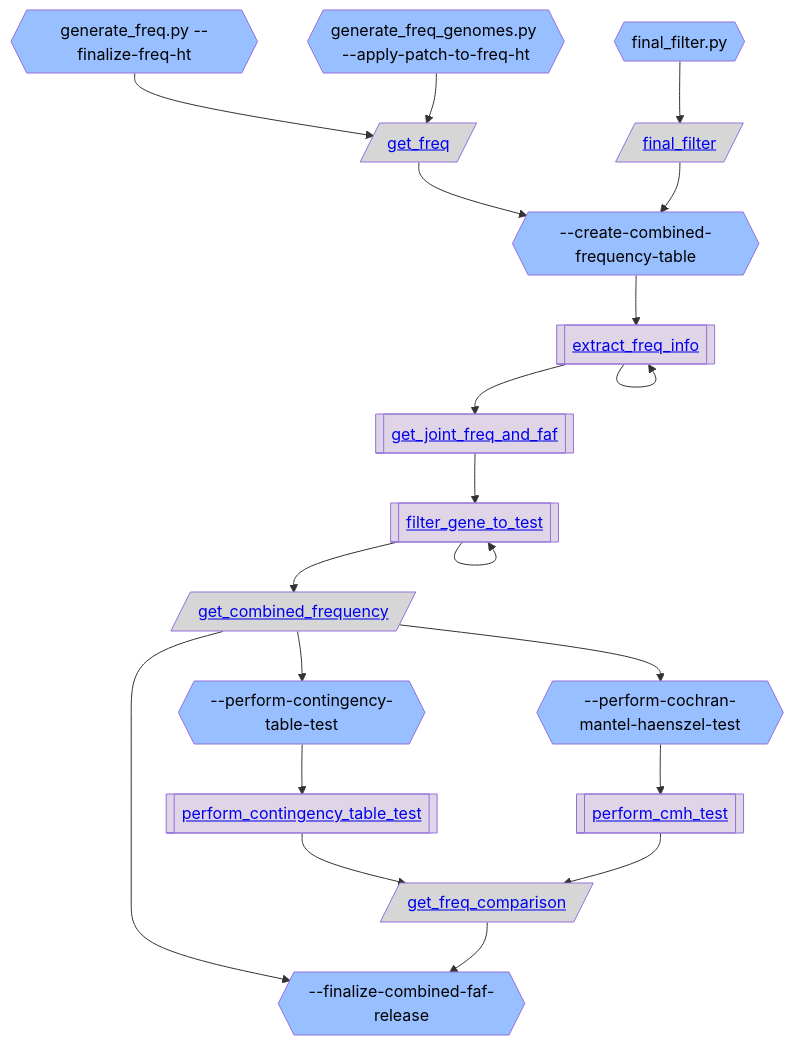
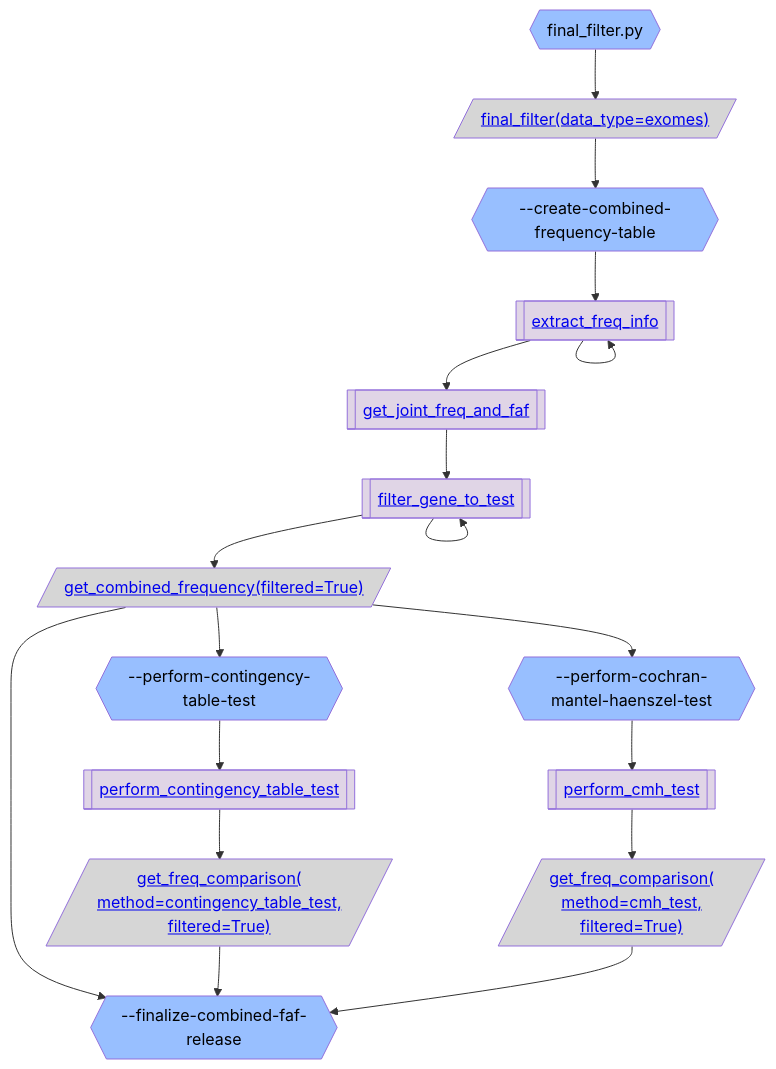
Before and after one commit to broadinstitute/gnomad_qc: the second of 3 diagrams in gnomad_qc/v4/create_release/README.md, drawn with Mermaid. The commit also changed other lines of this file and 3 other files, not shown here.

````diff
--- a/gnomad_qc/v4/create_release/README.md
+++ b/gnomad_qc/v4/create_release/README.md
@@ -50,46 +63,46 @@
 ```mermaid
 flowchart TB;
   classDef script_color fill:#2C5D4A,color:#000000
   classDef step_color fill:#98BFFF,color:#000000
   classDef func_color fill:#E0D5E6,color:#000000
   classDef gnomad_methods_color fill:#F9F2CE,color:#000000
   classDef hail_color fill:#FAEACE,color:#000000
   classDef resource_color fill:#D6D6D6,color:#000000
   classDef validity_check_color fill:#2C5D4A,color:#000000
 
-  step_finalize_freq_ht{{"generate_freq.py --finalize-freq-ht"}}:::step_color;
-  resource_get_freq[/"<a href='https://github.com/broadinstitute/gnomad_qc/tree/main/gnomad_qc/v4/resources/annotations.py#L284'>get_freq</a>"/]:::resource_color;
+  step_final_filter.py{{"final_filter.py"}}:::step_color;
+  resource_final_filter_data_type_exomes[/"<a href='https://github.com/broadinstitute/gnomad_qc/tree/main/gnomad_qc/v4/resources/variant_qc.py#L285'>final_filter(data_type=exomes)</a>"/]:::resource_color;
   step_create_combined_frequency_table{{"--create-combined-frequency-table"}}:::step_color;
   func_extract_freq_info[["<a href='https://github.com/broadinstitute/gnomad_qc/tree/main/gnomad_qc/v4/create_release/create_combined_faf_release_ht.py#L63'>extract_freq_info</a>"]]:::func_color;
   func_get_joint_freq_and_faf[["<a href='https://github.com/broadinstitute/gnomad_qc/tree/main/gnomad_qc/v4/create_release/create_combined_faf_release_ht.py#L154'>get_joint_freq_and_faf</a>"]]:::func_color;
   func_filter_gene_to_test[["<a href='https://github.com/broadinstitute/gnomad_qc/tree/main/gnomad_qc/v4/create_release/create_combined_faf_release_ht.py#L50'>filter_gene_to_test</a>"]]:::func_color;
-  step_apply_patch_to_freq_ht{{"generate_freq_genomes.py --apply-patch-to-freq-ht"}}:::step_color;
-  step_final_filter.py{{"final_filter.py"}}:::step_color;
-  resource_final_filter[/"<a href='https://github.com/broadinstitute/gnomad_qc/tree/main/gnomad_qc/v4/resources/variant_qc.py#L285'>final_filter</a>"/]:::resource_color;
-  resource_get_combined_frequency[/"<a href='https://github.com/broadinstitute/gnomad_qc/tree/main/gnomad_qc/v4/resources/annotations.py#L331'>get_combined_frequency</a>"/]:::resource_color;
+  resource_get_combined_frequency_filtered_True[/"<a href='https://github.com/broadinstitute/gnomad_qc/tree/main/gnomad_qc/v4/resources/annotations.py#L331'>get_combined_frequency(filtered=True)</a>"/]:::resource_color;
   step_perform_contingency_table_test{{"--perform-contingency-table-test"}}:::step_color;
   func_perform_contingency_table_test[["<a href='https://github.com/broadinstitute/gnomad_qc/tree/main/gnomad_qc/v4/create_release/create_combined_faf_release_ht.py#L244'>perform_contingency_table_test</a>"]]:::func_color;
   step_finalize_combined_faf_release{{"--finalize-combined-faf-release"}}:::step_color;
-  resource_get_freq_comparison[/"<a href='https://github.com/broadinstitute/gnomad_qc/tree/main/gnomad_qc/v4/resources/annotations.py#L352'>get_freq_comparison</a>"/]:::resource_color;
+  resource_get_freq_comparison_method_contingency_table_test_filtered_True[/"<a href='https://github.com/broadinstitute/gnomad_qc/tree/main/gnomad_qc/v4/resources/annotations.py#L352'>get_freq_comparison(
+method=contingency_table_test,
+filtered=True)</a>"/]:::resource_color;
   step_perform_cochran_mantel_haenszel_test{{"--perform-cochran-mantel-haenszel-test"}}:::step_color;
   func_perform_cmh_test[["<a href='https://github.com/broadinstitute/gnomad_qc/tree/main/gnomad_qc/v4/create_release/create_combined_faf_release_ht.py#L305'>perform_cmh_test</a>"]]:::func_color;
-  step_finalize_freq_ht --> resource_get_freq;
-  resource_get_freq --> step_create_combined_frequency_table;
+  resource_get_freq_comparison_method_cmh_test_filtered_True[/"<a href='https://github.com/broadinstitute/gnomad_qc/tree/main/gnomad_qc/v4/resources/annotations.py#L352'>get_freq_comparison(
+method=cmh_test,
+filtered=True)</a>"/]:::resource_color;
+  step_final_filter.py --> resource_final_filter_data_type_exomes;
+  resource_final_filter_data_type_exomes --> step_create_combined_frequency_table;
   step_create_combined_frequency_table --> func_extract_freq_info;
   func_extract_freq_info --> func_extract_freq_info;
   func_extract_freq_info --> func_get_joint_freq_and_faf;
   func_get_joint_freq_and_faf --> func_filter_gene_to_test;
   func_filter_gene_to_test --> func_filter_gene_to_test;
-  step_apply_patch_to_freq_ht --> resource_get_freq;
-  step_final_filter.py --> resource_final_filter;
-  resource_final_filter --> step_create_combined_frequency_table;
-  func_filter_gene_to_test --> resource_get_combined_frequency;
-  resource_get_combined_frequency --> step_perform_contingency_table_test;
+  func_filter_gene_to_test --> resource_get_combined_frequency_filtered_True;
+  resource_get_combined_frequency_filtered_True --> step_perform_contingency_table_test;
   step_perform_contingency_table_test --> func_perform_contingency_table_test;
-  resource_get_combined_frequency --> step_finalize_combined_faf_release;
-  func_perform_contingency_table_test --> resource_get_freq_comparison;
-  resource_get_freq_comparison --> step_finalize_combined_faf_release;
+  resource_get_combined_frequency_filtered_True --> step_finalize_combined_faf_release;
+  func_perform_contingency_table_test --> resource_get_freq_comparison_method_contingency_table_test_filtered_True;
+  resource_get_freq_comparison_method_contingency_table_test_filtered_True --> step_finalize_combined_faf_release;
   step_perform_cochran_mantel_haenszel_test --> func_perform_cmh_test;
-  func_perform_cmh_test --> resource_get_freq_comparison;
-  resource_get_combined_frequency --> step_perform_cochran_mantel_haenszel_test;
+  func_perform_cmh_test --> resource_get_freq_comparison_method_cmh_test_filtered_True;
+  resource_get_freq_comparison_method_cmh_test_filtered_True --> step_finalize_combined_faf_release;
+  resource_get_combined_frequency_filtered_True --> step_perform_cochran_mantel_haenszel_test;
 ```
````
